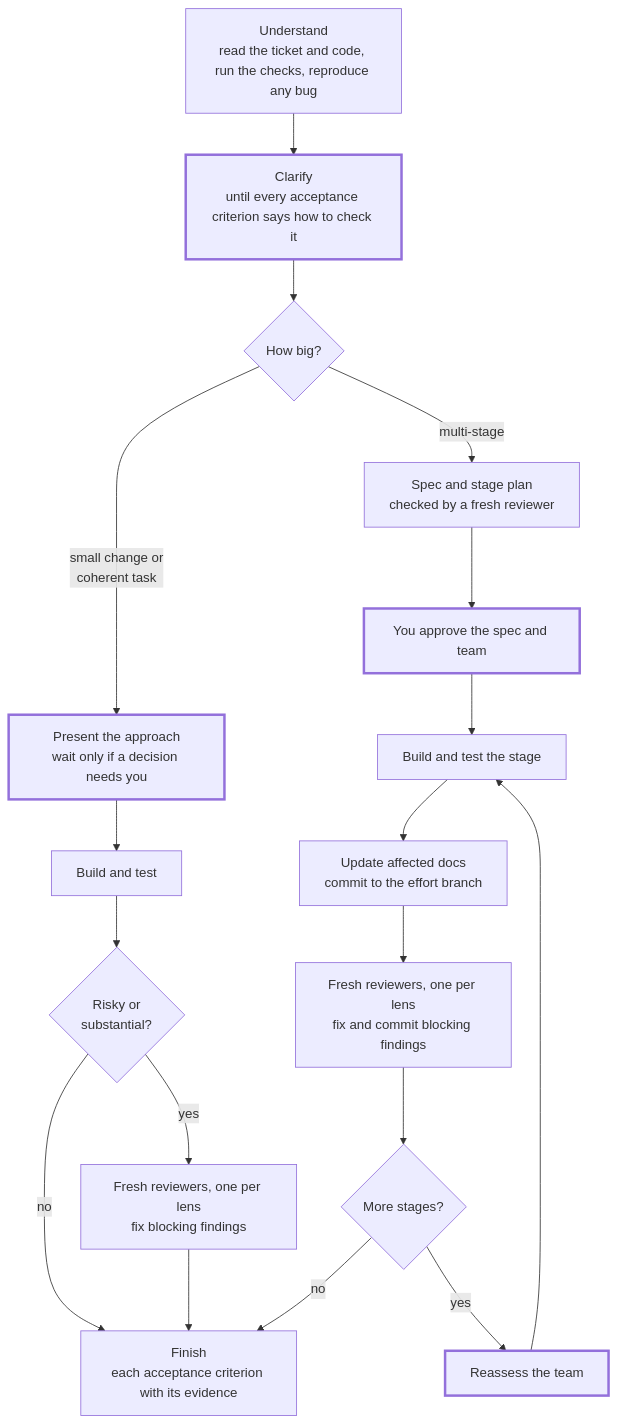
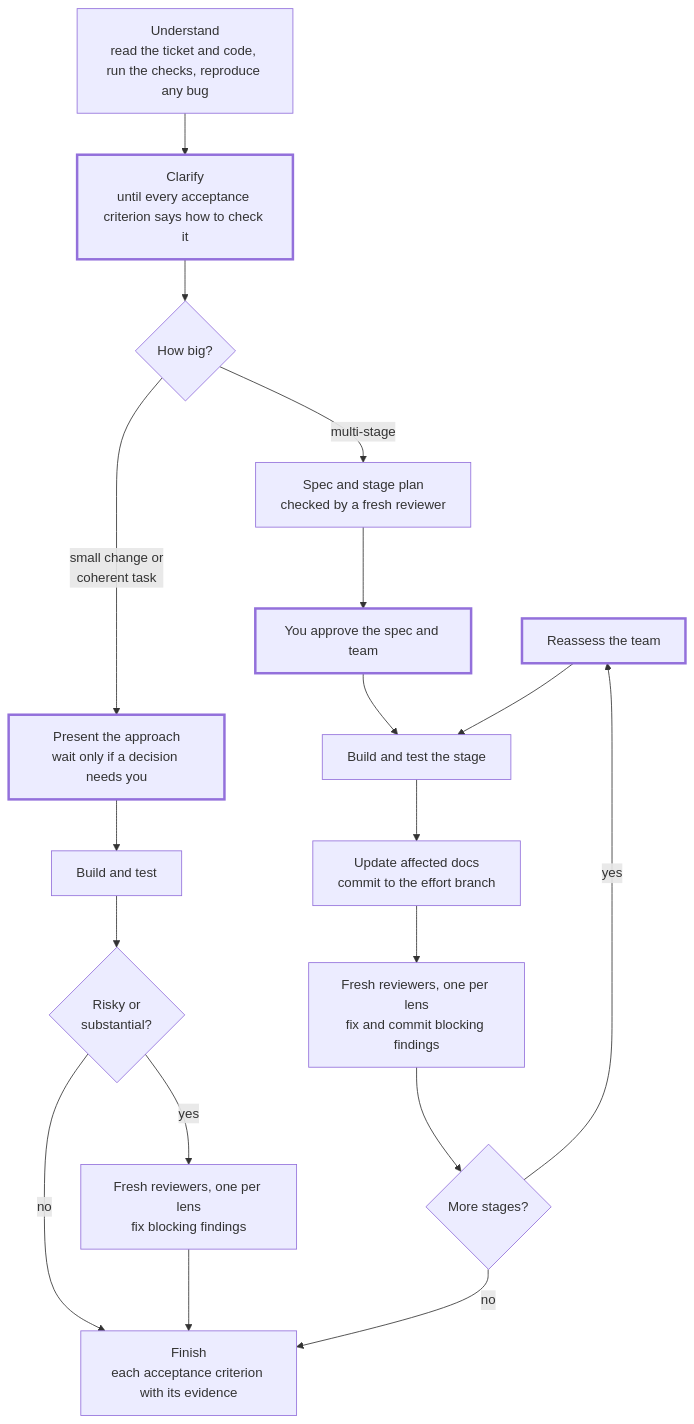
The diagram in do-my-work/README.md (dipsylala/skills), drawn with Mermaid before and after one commit.

Commit message:
Place "Reassess the team" beside the stage loop in the README diagram
Declaring the node first makes Mermaid's layout treat the "yes" edge
as the loop's back edge, so the box sits next to the approval step
and feeds straight into the stage instead of hanging below.

````diff
--- a/do-my-work/README.md
+++ b/do-my-work/README.md
@@ -50,39 +50,40 @@
 ```mermaid
 flowchart TD
+    %% Declared first so the layout draws it beside the stage loop.
+    Reassess["Reassess the team"]
     U["Understand<br/>read the ticket and code, run the checks, reproduce any bug"]
     C["Clarify<br/>until every acceptance criterion says how to check it"]
     Size{"How big?"}
     Plan["Present the approach<br/>wait only if a decision needs you"]
     Build["Build and test"]
     Risky{"Risky or<br/>substantial?"}
     Review["Fresh reviewers, one per lens<br/>fix blocking findings"]
     Spec["Spec and stage plan<br/>checked by a fresh reviewer"]
     Approve["You approve the spec and team"]
     Stage["Build and test the stage"]
     Commit["Update affected docs<br/>commit to the effort branch"]
     StageReview["Fresh reviewers, one per lens<br/>fix and commit blocking findings"]
     More{"More stages?"}
-    Reassess["Reassess the team"]
     Finish["Finish<br/>each acceptance criterion with its evidence"]
 
     U --> C
     C --> Size
     Size -- "small change or<br/>coherent task" --> Plan
     Plan --> Build
     Build --> Risky
     Risky -- yes --> Review
     Risky -- no --> Finish
     Review --> Finish
     Size -- multi-stage --> Spec
     Spec --> Approve
     Approve --> Stage
     Stage --> Commit
     Commit --> StageReview
     StageReview --> More
     More -- yes --> Reassess
     Reassess --> Stage
     More -- no --> Finish
 
     classDef you stroke-width:3px
     class C,Plan,Approve,Reassess you
 ```
````
